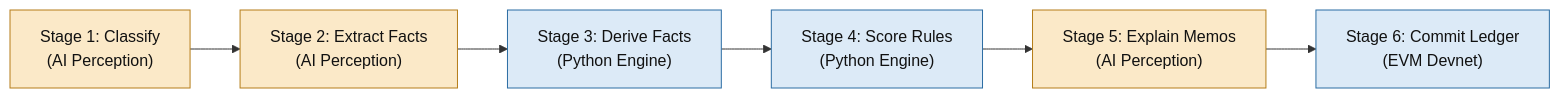
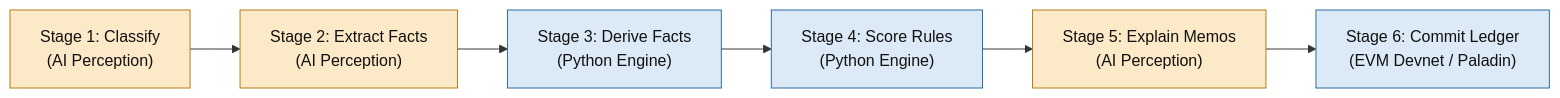
One commit to sogalabhi/amex-prototype changed the first of 2 diagrams in PRESENTATION_DECK.md. Above: the diagram before and after it, drawn with Mermaid. The commit also changed other lines of this file, not shown here.

Commit message:
docs: prominently highlight Web3 and Paladin Pente 3-Party Privacy Group architecture across Slides 4, 6, and 8

````diff
--- a/PRESENTATION_DECK.md
+++ b/PRESENTATION_DECK.md
@@ -77,13 +77,13 @@
 ```mermaid
 flowchart LR
     S1["Stage 1: Classify<br/>(AI Perception)"] --> S2["Stage 2: Extract Facts<br/>(AI Perception)"]
     S2 --> S3["Stage 3: Derive Facts<br/>(Python Engine)"]
     S3 --> S4["Stage 4: Score Rules<br/>(Python Engine)"]
     S4 --> S5["Stage 5: Explain Memos<br/>(AI Perception)"]
-    S5 --> S6["Stage 6: Commit Ledger<br/>(EVM Devnet)"]
+    S5 --> S6["Stage 6: Commit Ledger<br/>(EVM Devnet / Paladin)"]
 
     classDef ai fill:#fbe9c8,stroke:#b57d18,color:#111;
     classDef py fill:#dceaf7,stroke:#2b6ca3,color:#111;
     class S1,S2,S5 ai;
     class S3,S4,S6 py;
 ```
````
